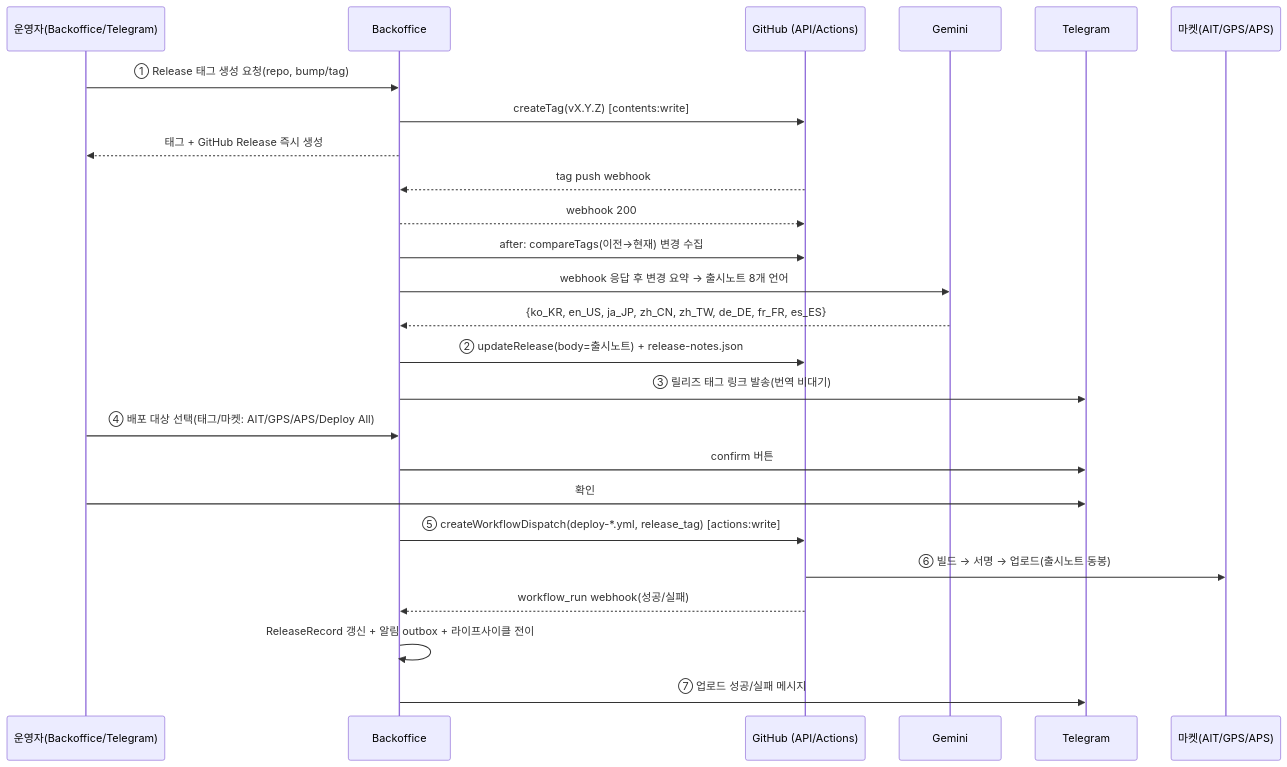
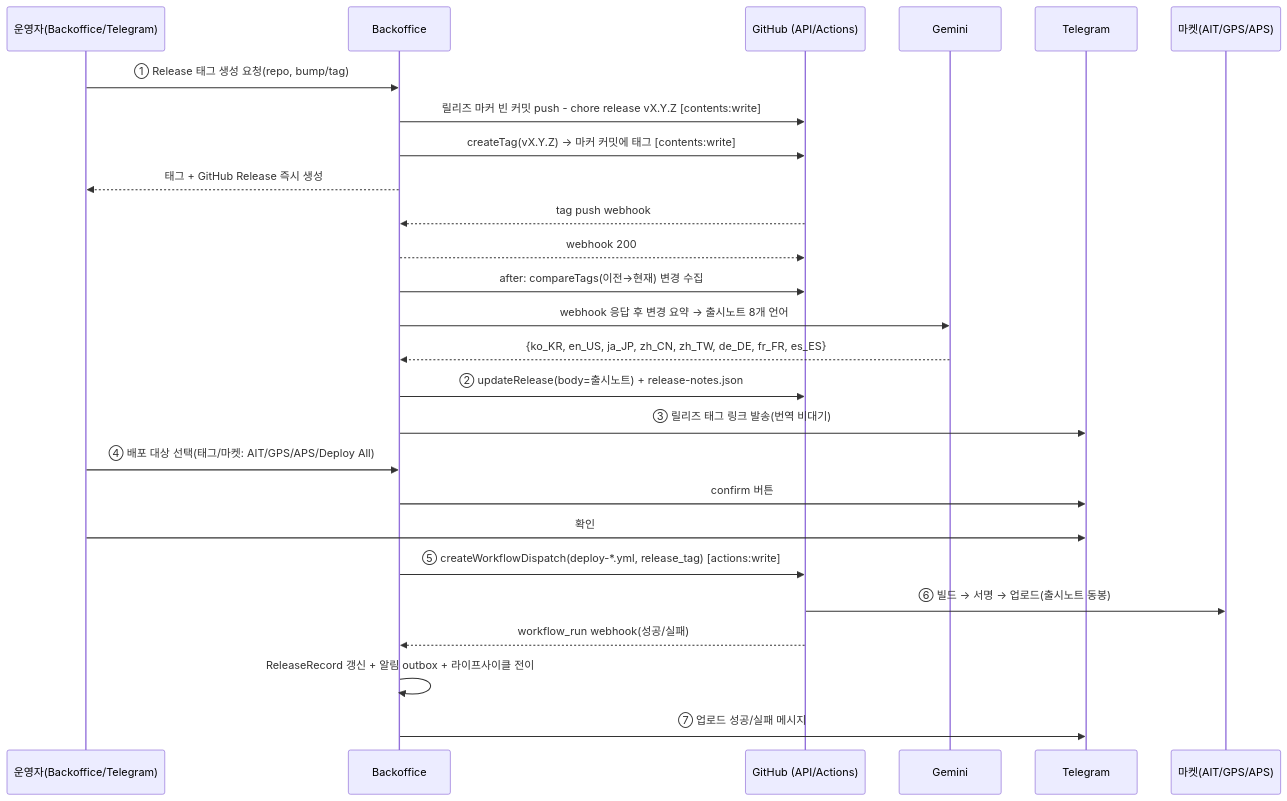
Before and after one commit to seorilabs/seorilabs-backoffice: the second of 3 diagrams in docs/ci-cd/org-cicd-release-system.md, drawn with Mermaid. The commit also changed other lines of this file and 5 other files, not shown here.

````diff
--- a/docs/ci-cd/org-cicd-release-system.md
+++ b/docs/ci-cd/org-cicd-release-system.md
@@ -209,28 +209,29 @@
 ```mermaid
 sequenceDiagram
     participant U as 운영자(Backoffice/Telegram)
     participant BO as Backoffice
     participant GH as GitHub (API/Actions)
     participant AI as Gemini
     participant TG as Telegram
     participant MK as 마켓(AIT/GPS/APS)
 
     U->>BO: ① Release 태그 생성 요청(repo, bump/tag)
-    BO->>GH: createTag(vX.Y.Z) [contents:write]
+    BO->>GH: 릴리즈 마커 빈 커밋 push - chore release vX.Y.Z [contents:write]
+    BO->>GH: createTag(vX.Y.Z) → 마커 커밋에 태그 [contents:write]
     BO-->>U: 태그 + GitHub Release 즉시 생성
     GH-->>BO: tag push webhook
     BO-->>GH: webhook 200
     BO->>GH: after: compareTags(이전→현재) 변경 수집
     BO->>AI: webhook 응답 후 변경 요약 → 출시노트 8개 언어
     AI-->>BO: {ko_KR, en_US, ja_JP, zh_CN, zh_TW, de_DE, fr_FR, es_ES}
     BO->>GH: ② updateRelease(body=출시노트) + release-notes.json
     BO->>TG: ③ 릴리즈 태그 링크 발송(번역 비대기)
     U->>BO: ④ 배포 대상 선택(태그/마켓: AIT/GPS/APS/Deploy All)
     BO->>TG: confirm 버튼
     U->>TG: 확인
     BO->>GH: ⑤ createWorkflowDispatch(deploy-*.yml, release_tag) [actions:write]
     GH->>MK: ⑥ 빌드 → 서명 → 업로드(출시노트 동봉)
     GH-->>BO: workflow_run webhook(성공/실패)
     BO->>BO: ReleaseRecord 갱신 + 알림 outbox + 라이프사이클 전이
     BO->>TG: ⑦ 업로드 성공/실패 메시지
 ```
````
